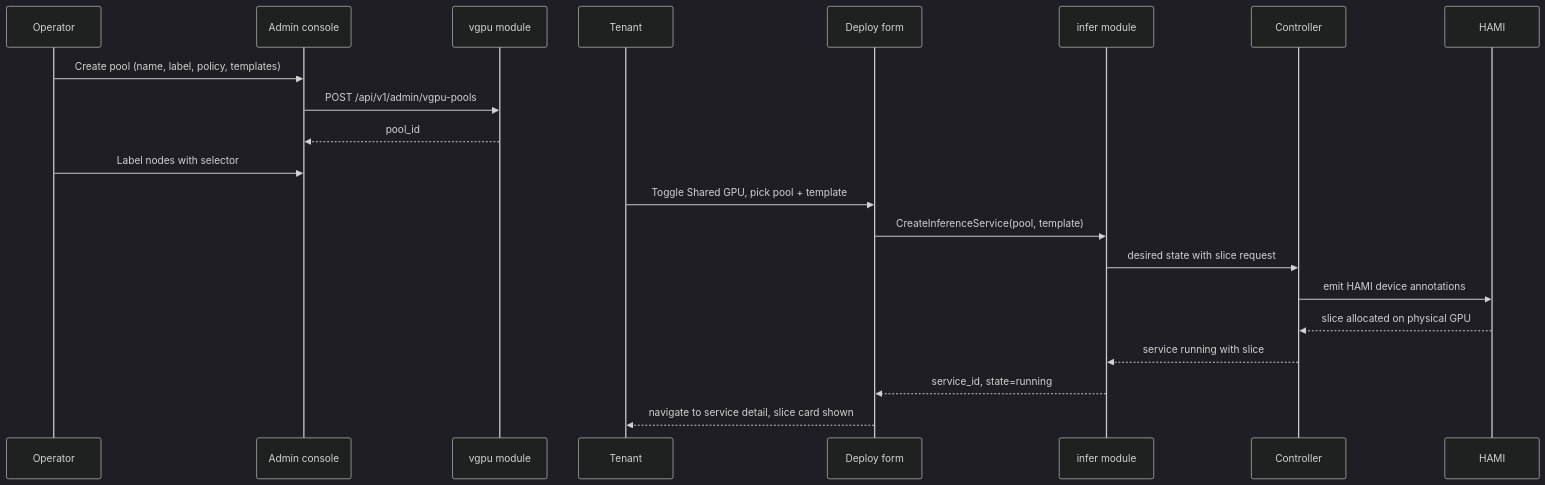
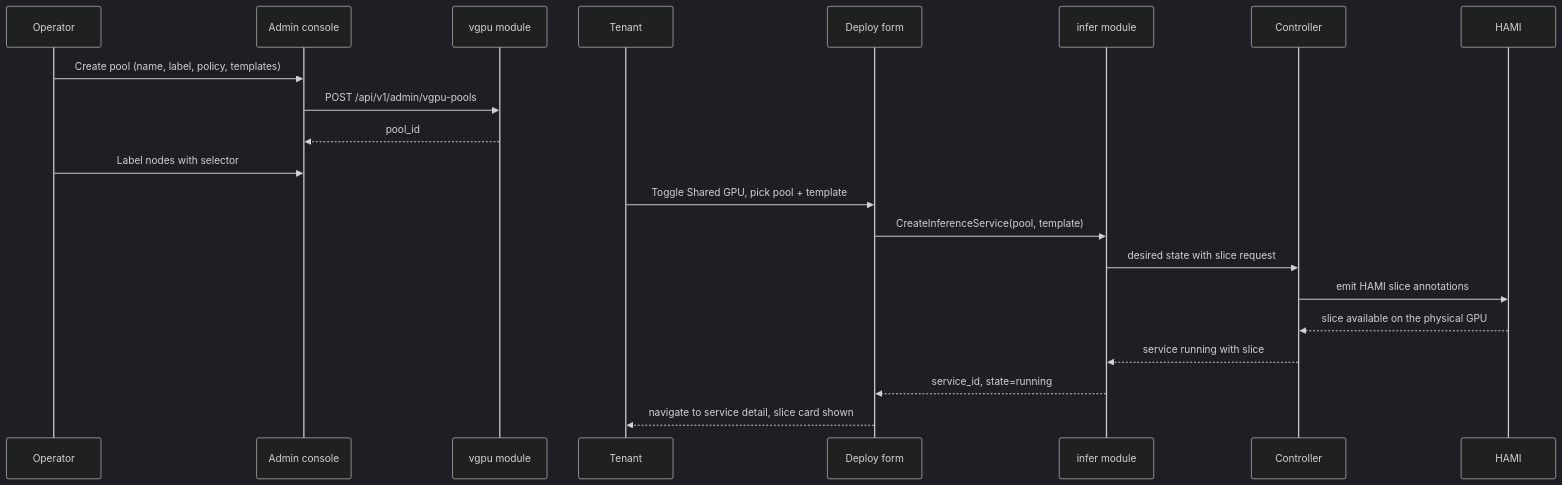
The second of 2 diagrams in site/docs/design/vgpu-slicing-pool.md (go-taas/go-taas), drawn with Mermaid (dark theme) before and after one commit. The commit also changed other lines of this file and 24 other files, not shown here.

First line of the commit message:
docs(vgpu): scope HAMi to GPU slicing only

````diff
--- a/site/docs/design/vgpu-slicing-pool.md
+++ b/site/docs/design/vgpu-slicing-pool.md
@@ -205,23 +207,23 @@
 ```mermaid
 sequenceDiagram
     participant Op as Operator
     participant Admin as Admin console
     participant VGPU as vgpu module
     participant Ten as Tenant
     participant Deploy as Deploy form
     participant Inf as infer module
     participant Ctl as Controller
     participant HAMI as HAMI
     Op->>Admin: Create pool (name, label, policy, templates)
     Admin->>VGPU: POST /api/v1/admin/vgpu-pools
     VGPU-->>Admin: pool_id
     Op->>Admin: Label nodes with selector
     Ten->>Deploy: Toggle Shared GPU, pick pool + template
     Deploy->>Inf: CreateInferenceService(pool, template)
     Inf->>Ctl: desired state with slice request
-    Ctl->>HAMI: emit HAMI device annotations
-    HAMI-->>Ctl: slice allocated on physical GPU
+    Ctl->>HAMI: emit HAMI slice annotations
+    HAMI-->>Ctl: slice available on the physical GPU
     Ctl-->>Inf: service running with slice
     Inf-->>Deploy: service_id, state=running
     Deploy-->>Ten: navigate to service detail, slice card shown
 ```
````
